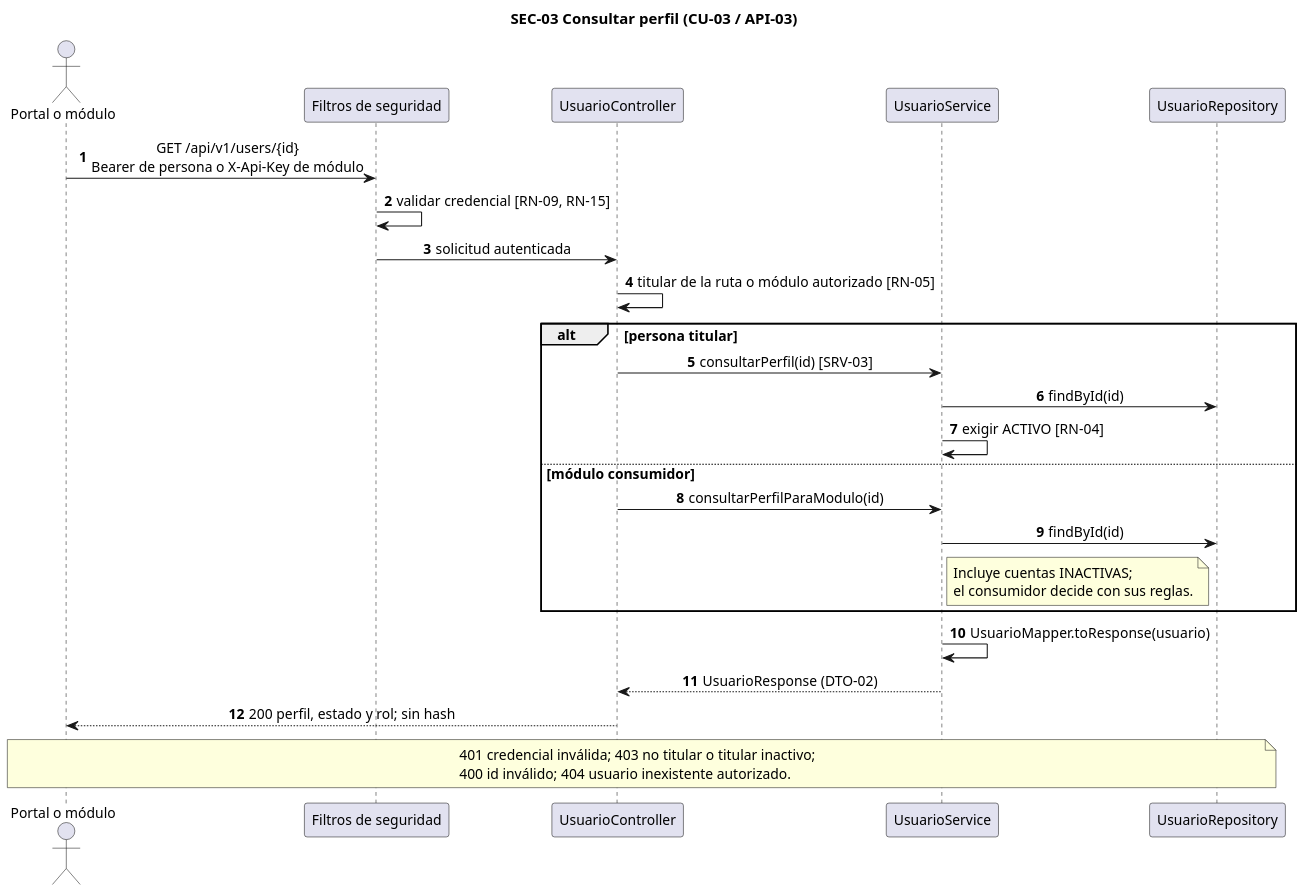
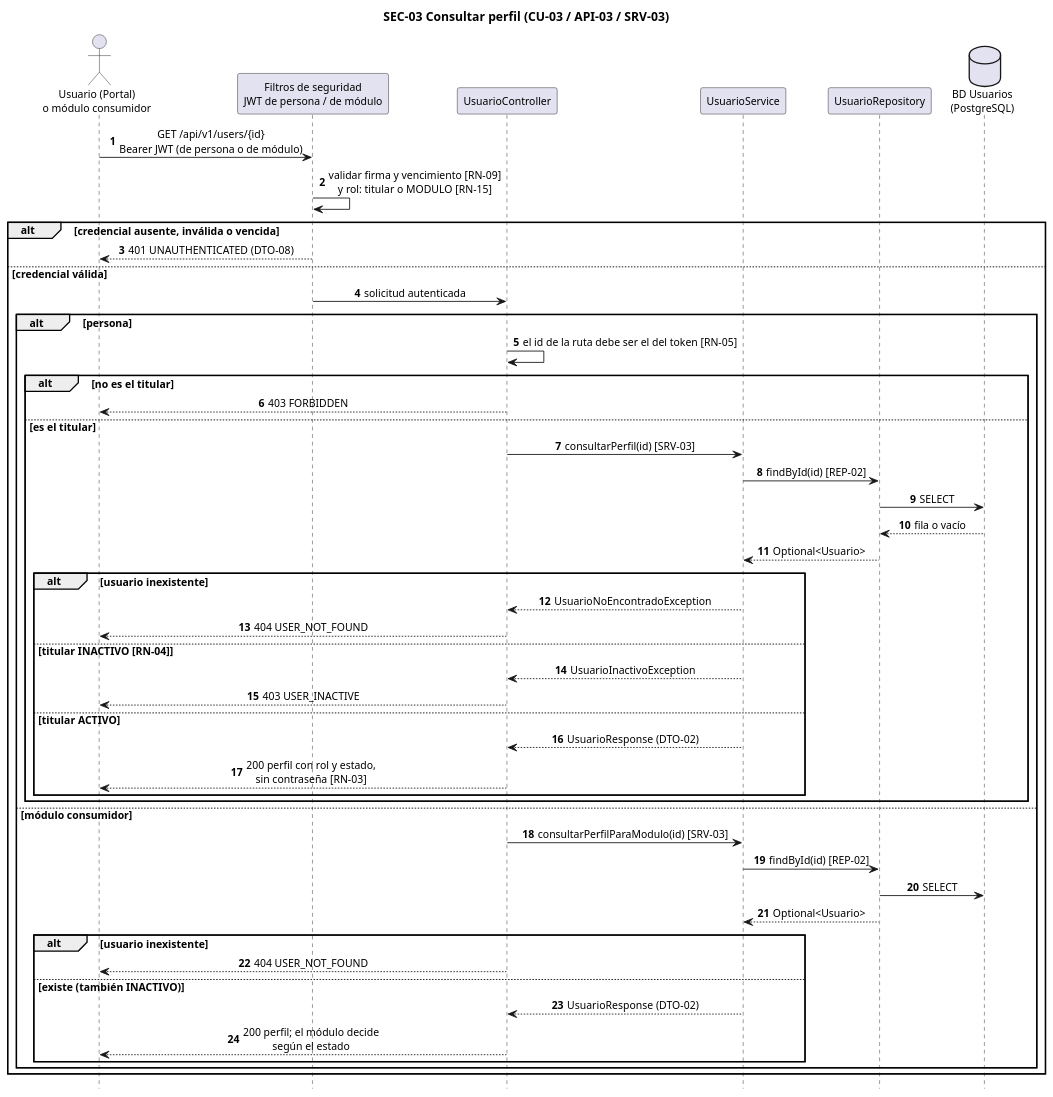
Before and after one commit to CarlaGorgal2002/deliverygo-usuarios-auth: the diagram in doc/Diagramas/SEC-03.puml, drawn with PlantUML. The commit also changed 30 other files, not shown here.

First line of the commit message:
docs: rehacer los 15 diagramas con las capas y participantes de la plantilla

```diff
--- a/doc/Diagramas/SEC-03.puml
+++ b/doc/Diagramas/SEC-03.puml
@@ -1,31 +1,60 @@
 @startuml SEC-03
-skinparam dpi 135
+skinparam dpi 110
 skinparam shadowing false
 skinparam defaultFontName Arial
-skinparam defaultFontSize 13
+skinparam defaultFontSize 12
 skinparam sequenceMessageAlign center
-title SEC-03 Consultar perfil (CU-03 / API-03)
+skinparam responseMessageBelowArrow true
+skinparam NoteBackgroundColor #FFF9DB
+skinparam ParticipantPadding 12
+hide footbox
+title SEC-03 Consultar perfil (CU-03 / API-03 / SRV-03)
 autonumber
-actor "Portal o módulo" as A
-participant "Filtros de seguridad" as F
+actor "Usuario (Portal)\no módulo consumidor" as A
+participant "Filtros de seguridad\nJWT de persona / de módulo" as F
 participant UsuarioController as C
 participant UsuarioService as S
-participant UsuarioRepository as R
-A -> F : GET /api/v1/users/{id}\nBearer de persona o X-Api-Key de módulo
-F -> F : validar credencial [RN-09, RN-15]
-F -> C : solicitud autenticada
-C -> C : titular de la ruta o módulo autorizado [RN-05]
-alt persona titular
- C -> S : consultarPerfil(id) [SRV-03]
- S -> R : findById(id)
- S -> S : exigir ACTIVO [RN-04]
-else módulo consumidor
- C -> S : consultarPerfilParaModulo(id)
- S -> R : findById(id)
- note right of S : Incluye cuentas INACTIVAS;\nel consumidor decide con sus reglas.
+participant UsuarioRepository as UR
+database "BD Usuarios\n(PostgreSQL)" as DB
+
+A -> F : GET /api/v1/users/{id}\nBearer JWT (de persona o de módulo)
+F -> F : validar firma y vencimiento [RN-09]\ny rol: titular o MODULO [RN-15]
+alt credencial ausente, inválida o vencida
+  F --> A : 401 UNAUTHENTICATED (DTO-08)
+else credencial válida
+  F -> C : solicitud autenticada
+  alt persona
+    C -> C : el id de la ruta debe ser el del token [RN-05]
+    alt no es el titular
+      C --> A : 403 FORBIDDEN
+    else es el titular
+      C -> S : consultarPerfil(id) [SRV-03]
+      S -> UR : findById(id) [REP-02]
+      UR -> DB : SELECT
+      DB --> UR : fila o vacío
+      UR --> S : Optional<Usuario>
+      alt usuario inexistente
+        S --> C : UsuarioNoEncontradoException
+        C --> A : 404 USER_NOT_FOUND
+      else titular INACTIVO [RN-04]
+        S --> C : UsuarioInactivoException
+        C --> A : 403 USER_INACTIVE
+      else titular ACTIVO
+        S --> C : UsuarioResponse (DTO-02)
+        C --> A : 200 perfil con rol y estado,\nsin contraseña [RN-03]
+      end
+    end
+  else módulo consumidor
+    C -> S : consultarPerfilParaModulo(id) [SRV-03]
+    S -> UR : findById(id) [REP-02]
+    UR -> DB : SELECT
+    UR --> S : Optional<Usuario>
+    alt usuario inexistente
+      C --> A : 404 USER_NOT_FOUND
+    else existe (también INACTIVO)
+      S --> C : UsuarioResponse (DTO-02)
+      C --> A : 200 perfil; el módulo decide\nsegún el estado
+    end
+  end
 end
-S -> S : UsuarioMapper.toResponse(usuario)
-S --> C : UsuarioResponse (DTO-02)
-C --> A : 200 perfil, estado y rol; sin hash
-note over A,R : 401 credencial inválida; 403 no titular o titular inactivo;\n400 id inválido; 404 usuario inexistente autorizado.
 @enduml
```
